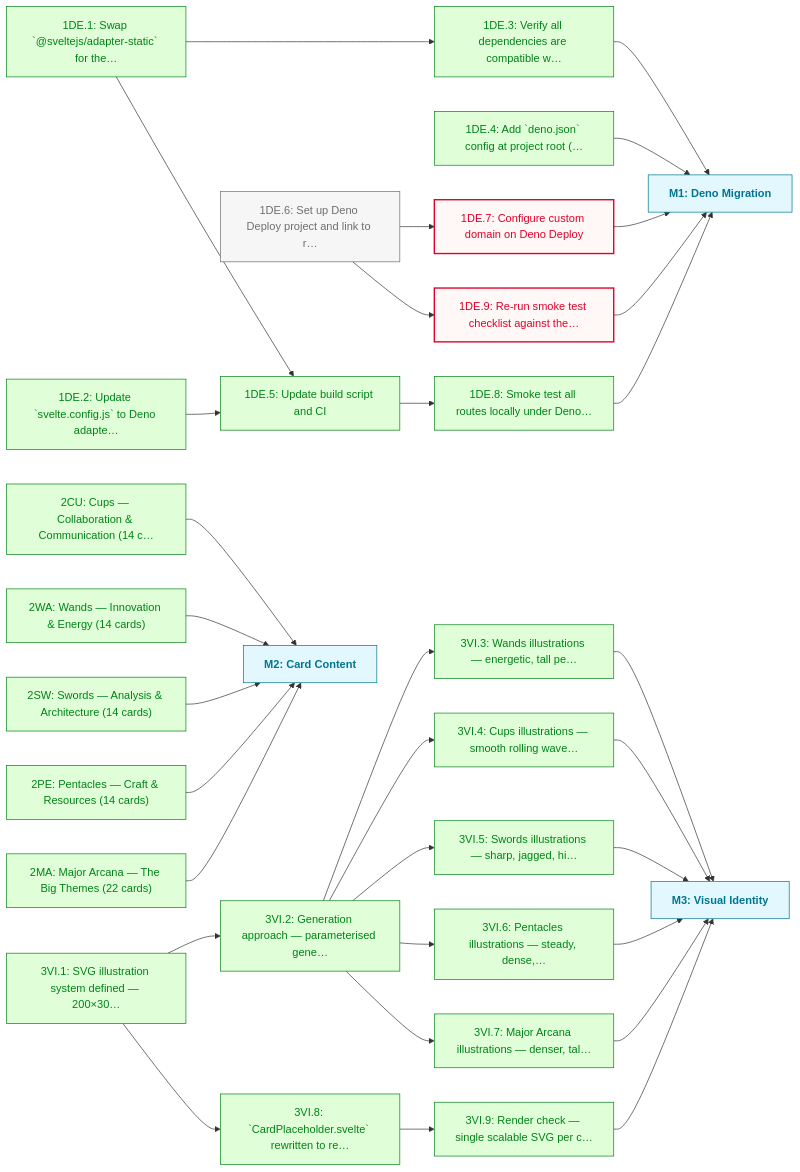
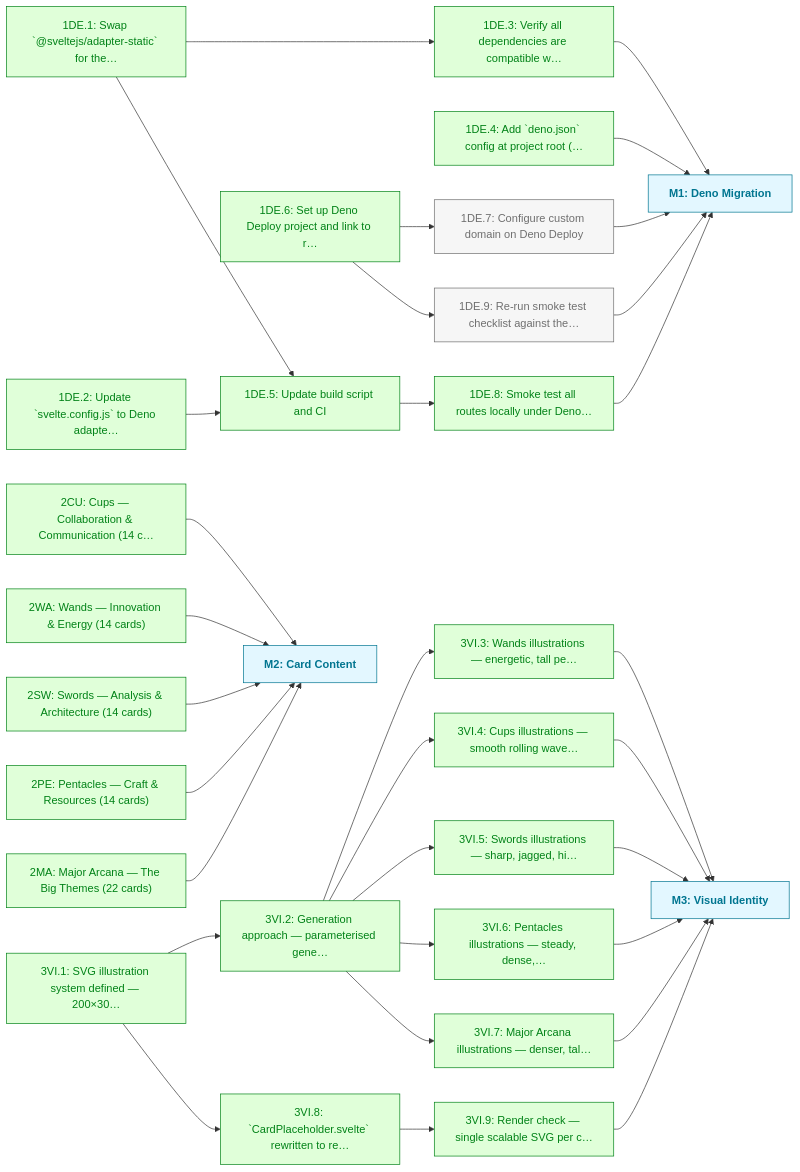
One commit to JasonWarrenUK/code-arcana changed the diagram in docs/roadmaps/mvp.md. Above: the diagram before and after it, drawn with Mermaid. The commit also changed other lines of this file and 2 other files, not shown here.

Commit message:
chore(roadmap): mark 1DE.6 done and date finished tasks
Reconciled against the codebase: DEPLOY.md records the Deno Deploy
app as linked and Deno Deploy posts a success status on main, so
1DE.6 is done and 1DE.7 and 1DE.9 become todo. Backfills end dates
for all 21 done tasks (20 are lower bounds from the roadmap's first
commit). roadmaps.json is rewritten into canonical form.

````diff
--- a/docs/roadmaps/mvp.md
+++ b/docs/roadmaps/mvp.md
@@ -63,70 +63,70 @@
 ```mermaid
 graph LR
 	classDef todo fill:#f6f6f6,stroke:#6f6f6f,color:#6f6f6f
+	classDef inProgress fill:#e8f2ff,stroke:#0071af,color:#0071af
 	classDef blocked fill:#fff8f6,stroke:#e0002b,color:#e0002b,stroke-width:2px
 	classDef paused fill:#fdf4ff,stroke:#b01fe3,color:#b01fe3,stroke-dasharray:4 3
 	classDef deferred fill:#fff8f3,stroke:#ac5c00,color:#ac5c00,stroke-dasharray:2 4,font-style:italic
 	classDef done fill:#e0ffd9,stroke:#008217,color:#008217
-	classDef outOfScope fill:#f6f6f6,stroke:#e2e2e2,color:#e2e2e2,stroke-dasharray:2 2
+	classDef outOfScope fill:#f6f6f6,stroke:#717171,color:#717171,stroke-dasharray:2 2
 	classDef mile fill:#e3f7ff,stroke:#007590,color:#007590,font-weight:bold
 	classDef external fill:#fff9e5,stroke:#7d6f00,color:#7d6f00,stroke-dasharray:4 3,font-style:italic
 	1DE.1["1DE.1: Swap `@sveltejs/adapter-static` for the…"]
 	1DE.2["1DE.2: Update `svelte.config.js` to Deno adapte…"]
 	1DE.3["1DE.3: Verify all dependencies are compatible w…"]
 	1DE.4["1DE.4: Add `deno.json` config at project root (…"]
 	1DE.5["1DE.5: Update build script and CI"]
 	1DE.6["1DE.6: Set up Deno Deploy project and link to r…"]
 	1DE.7["1DE.7: Configure custom domain on Deno Deploy"]
 	1DE.8["1DE.8: Smoke test all routes locally under Deno…"]
 	1DE.9["1DE.9: Re-run smoke test checklist against the…"]
 	M1["M1: Deno Migration"]:::mile
 	2CU["2CU: Cups — Collaboration & Communication (14 c…"]
 	2WA["2WA: Wands — Innovation & Energy (14 cards)"]
 	2SW["2SW: Swords — Analysis & Architecture (14 cards)"]
 	2PE["2PE: Pentacles — Craft & Resources (14 cards)"]
 	2MA["2MA: Major Arcana — The Big Themes (22 cards)"]
 	M2["M2: Card Content"]:::mile
 	3VI.1["3VI.1: SVG illustration system defined — 200×30…"]
 	3VI.2["3VI.2: Generation approach — parameterised gene…"]
 	3VI.3["3VI.3: Wands illustrations — energetic, tall pe…"]
 	3VI.4["3VI.4: Cups illustrations — smooth rolling wave…"]
 	3VI.5["3VI.5: Swords illustrations — sharp, jagged, hi…"]
 	3VI.6["3VI.6: Pentacles illustrations — steady, dense,…"]
 	3VI.7["3VI.7: Major Arcana illustrations — denser, tal…"]
 	3VI.8["3VI.8: `CardPlaceholder.svelte` rewritten to re…"]
 	3VI.9["3VI.9: Render check — single scalable SVG per c…"]
 	M3["M3: Visual Identity"]:::mile
 	1DE.1 --> 1DE.3
 	1DE.1 --> 1DE.5
 	1DE.2 --> 1DE.5
 	1DE.3 --> M1
 	1DE.4 --> M1
 	1DE.5 --> 1DE.8
 	1DE.6 --> 1DE.7
 	1DE.6 --> 1DE.9
 	1DE.7 --> M1
 	1DE.8 --> M1
 	1DE.9 --> M1
 	2CU --> M2
 	2WA --> M2
 	2SW --> M2
 	2PE --> M2
 	2MA --> M2
 	3VI.1 --> 3VI.2
 	3VI.1 --> 3VI.8
 	3VI.2 --> 3VI.3
 	3VI.2 --> 3VI.4
 	3VI.2 --> 3VI.5
 	3VI.2 --> 3VI.6
 	3VI.2 --> 3VI.7
 	3VI.3 --> M3
 	3VI.4 --> M3
 	3VI.5 --> M3
 	3VI.6 --> M3
 	3VI.7 --> M3
 	3VI.8 --> 3VI.9
 	3VI.9 --> M3
-	class 1DE.6 todo
-	class 1DE.7,1DE.9 blocked
-	class 1DE.1,1DE.2,1DE.3,1DE.4,1DE.5,1DE.8,2CU,2MA,2PE,2SW,2WA,3VI.1,3VI.2,3VI.3,3VI.4,3VI.5,3VI.6,3VI.7,3VI.8,3VI.9 done
+	class 1DE.7,1DE.9 todo
+	class 1DE.1,1DE.2,1DE.3,1DE.4,1DE.5,1DE.6,1DE.8,2CU,2MA,2PE,2SW,2WA,3VI.1,3VI.2,3VI.3,3VI.4,3VI.5,3VI.6,3VI.7,3VI.8,3VI.9 done
 ```
````
